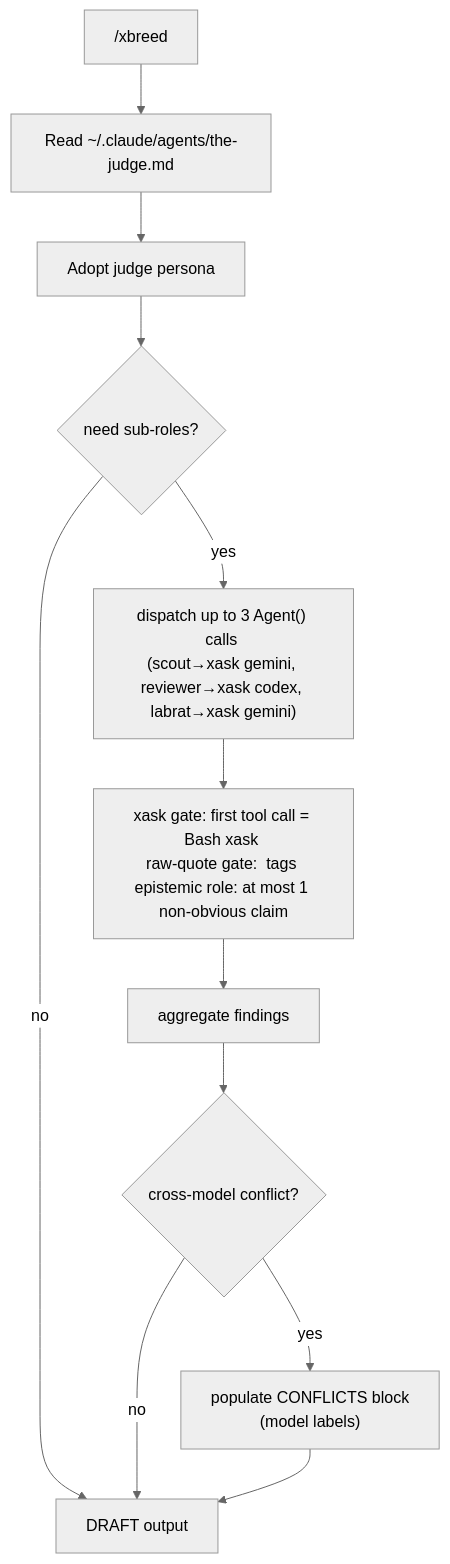
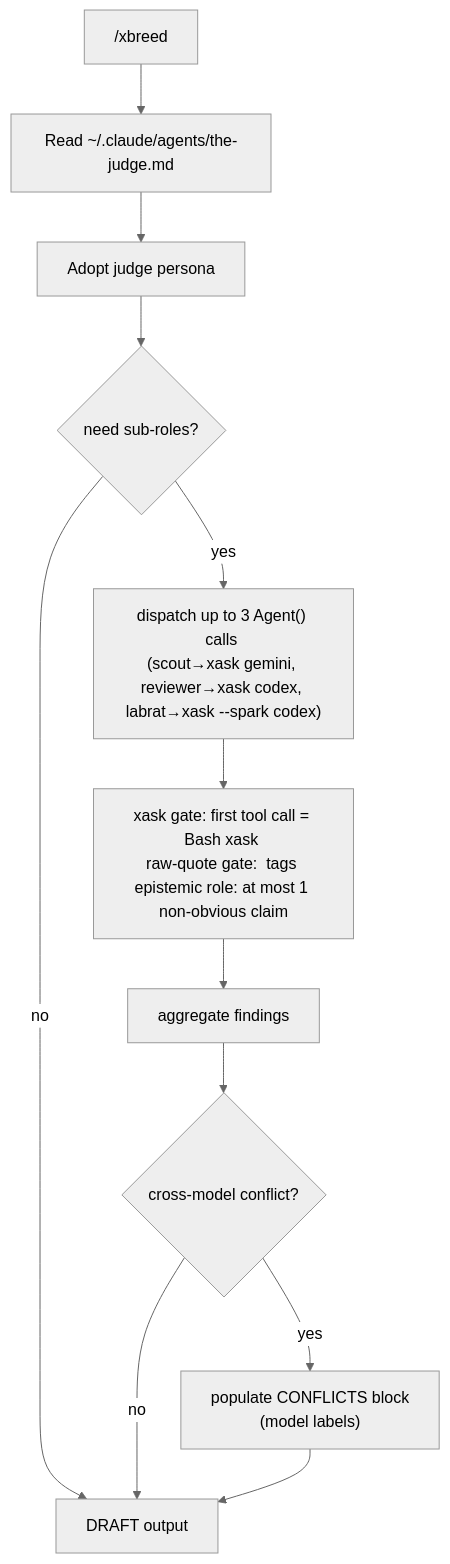
Before and after one commit to VeigaPunk/xbrd-gdsp-fknpft: the seventh of 11 diagrams in docs/command-flows.md, drawn with Mermaid (neutral theme). The commit also changed other lines of this file and 2 other files, not shown here.

````diff
--- a/docs/command-flows.md
+++ b/docs/command-flows.md
@@ -169,14 +169,14 @@
 ```mermaid
 flowchart TD
     A["/xbreed <prompt>"] --> B["Read ~/.claude/agents/the-judge.md"]
     B --> C[Adopt judge persona]
     C --> E{need sub-roles?}
-    E -->|yes| F["dispatch up to 3 Agent() calls \n(scout→xask gemini, reviewer→xask codex, labrat→xask gemini)"]
+    E -->|yes| F["dispatch up to 3 Agent() calls \n(scout→xask gemini, reviewer→xask codex, labrat→xask --spark codex)"]
     E -->|no| G[DRAFT output]
     F --> H["xask gate: first tool call = Bash xask \nraw-quote gate: <raw_output> tags \nepistemic role: at most 1 non-obvious claim"]
     H --> I[aggregate findings]
     I --> J{"cross-model conflict?"}
     J -->|yes| K["populate CONFLICTS block \n(model labels)"]
     J -->|no| G
     K --> G
 ```
````
